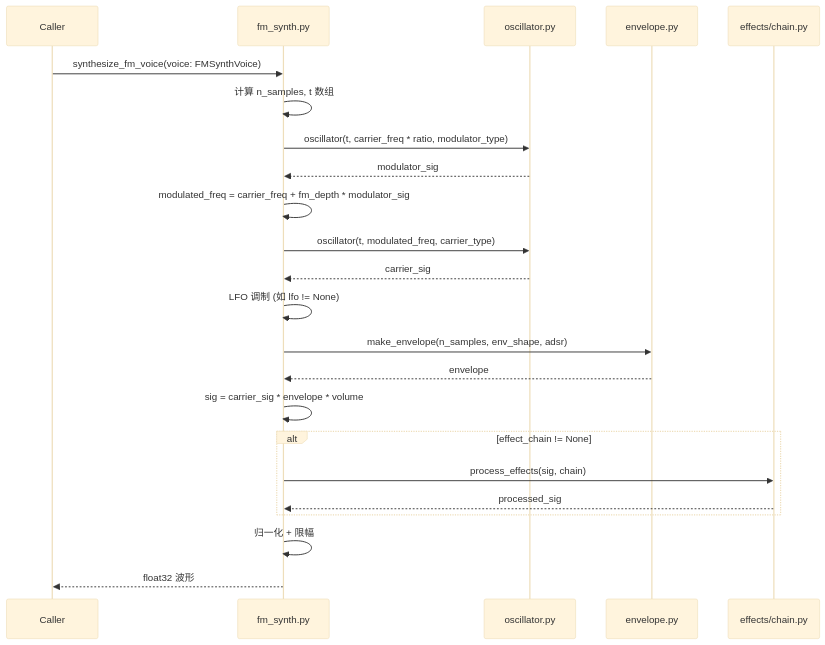
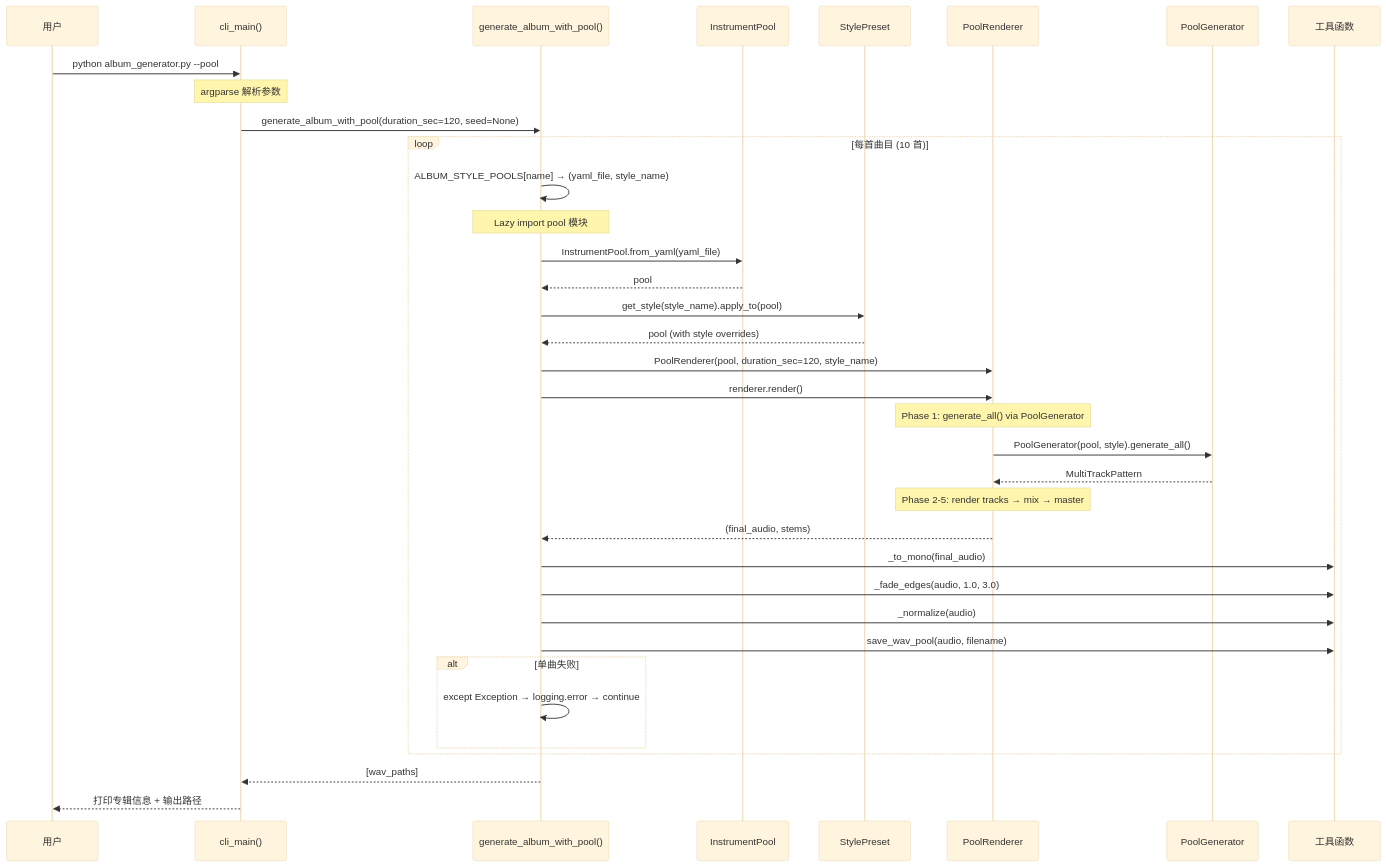
One commit to siwpan95/bloodmusic changed the diagram in docs/sequence-diagram.mermaid. Above: the diagram before and after it, drawn with Mermaid (base theme). The commit also changed 62 other files, not shown here.

```diff
--- a/docs/sequence-diagram.mermaid
+++ b/docs/sequence-diagram.mermaid
@@ -1,24 +1,48 @@
 sequenceDiagram
-    participant Caller
-    participant fm_synth as fm_synth.py
-    participant osc as oscillator.py
-    participant env as envelope.py
-    participant chain as effects/chain.py
+    participant User as 用户
+    participant CLI as cli_main()
+    participant GAP as generate_album_with_pool()
+    participant IP as InstrumentPool
+    participant SP as StylePreset
+    participant PR as PoolRenderer
+    participant PG as PoolGenerator
+    participant UTIL as 工具函数
 
-    Caller->>fm_synth: synthesize_fm_voice(voice: FMSynthVoice)
-    fm_synth->>fm_synth: 计算 n_samples, t 数组
-    fm_synth->>osc: oscillator(t, carrier_freq * ratio, modulator_type)
-    osc-->>fm_synth: modulator_sig
-    fm_synth->>fm_synth: modulated_freq = carrier_freq + fm_depth * modulator_sig
-    fm_synth->>osc: oscillator(t, modulated_freq, carrier_type)
-    osc-->>fm_synth: carrier_sig
-    fm_synth->>fm_synth: LFO 调制 (如 lfo != None)
-    fm_synth->>env: make_envelope(n_samples, env_shape, adsr)
-    env-->>fm_synth: envelope
-    fm_synth->>fm_synth: sig = carrier_sig * envelope * volume
-    alt effect_chain != None
-        fm_synth->>chain: process_effects(sig, chain)
-        chain-->>fm_synth: processed_sig
+    User->>CLI: python album_generator.py --pool
+
+    Note over CLI: argparse 解析参数
+
+    CLI->>GAP: generate_album_with_pool(duration_sec=120, seed=None)
+
+    loop 每首曲目 (10 首)
+        GAP->>GAP: ALBUM_STYLE_POOLS[name] → (yaml_file, style_name)
+
+        Note over GAP: Lazy import pool 模块
+        GAP->>IP: InstrumentPool.from_yaml(yaml_file)
+        IP-->>GAP: pool
+
+        GAP->>SP: get_style(style_name).apply_to(pool)
+        SP-->>GAP: pool (with style overrides)
+
+        GAP->>PR: PoolRenderer(pool, duration_sec=120, style_name)
+        GAP->>PR: renderer.render()
+
+        Note over PR: Phase 1: generate_all() via PoolGenerator
+        PR->>PG: PoolGenerator(pool, style).generate_all()
+        PG-->>PR: MultiTrackPattern
+
+        Note over PR: Phase 2-5: render tracks → mix → master
+        PR-->>GAP: (final_audio, stems)
+
+        GAP->>UTIL: _to_mono(final_audio)
+        GAP->>UTIL: _fade_edges(audio, 1.0, 3.0)
+        GAP->>UTIL: _normalize(audio)
+        GAP->>UTIL: save_wav_pool(audio, filename)
+
+        alt 单曲失败
+            GAP->>GAP: except Exception → logging.error → continue
+        end
     end
-    fm_synth->>fm_synth: 归一化 + 限幅
-    fm_synth-->>Caller: float32 波形
+
+    GAP-->>CLI: [wav_paths]
+    CLI-->>User: 打印专辑信息 + 输出路径
```
